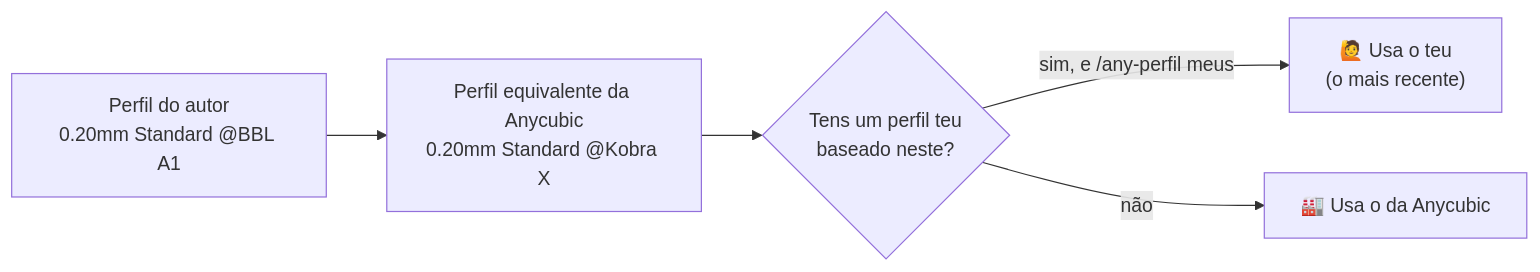
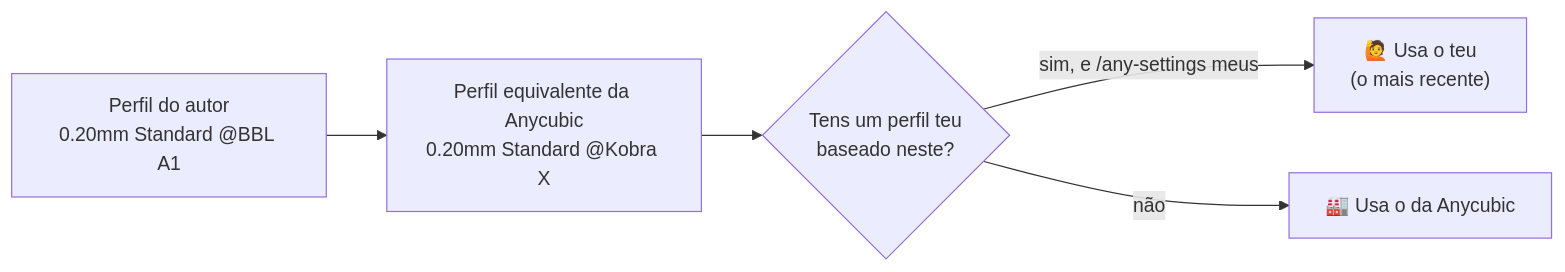
The first of 2 diagrams in README.pt.md (GodFaizT/makerworld-to-any), drawn with Mermaid before and after one commit. The commit also changed other lines of this file and 33 other files, not shown here.

````diff
--- a/README.pt.md
+++ b/README.pt.md
@@ -401,7 +401,7 @@
 ```mermaid
 flowchart LR
     A["Perfil do autor<br/>0.20mm Standard @BBL A1"] --> B["Perfil equivalente da Anycubic<br/>0.20mm Standard @Kobra X"]
     B --> C{"Tens um perfil teu<br/>baseado neste?"}
-    C -- "sim, e /any-perfil meus" --> D["🙋 Usa o teu<br/>(o mais recente)"]
+    C -- "sim, e /any-settings meus" --> D["🙋 Usa o teu<br/>(o mais recente)"]
     C -- "não" --> E["🏭 Usa o da Anycubic"]
 ```
````
